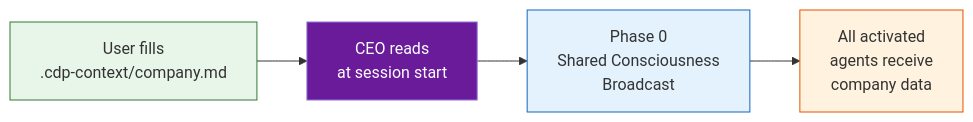
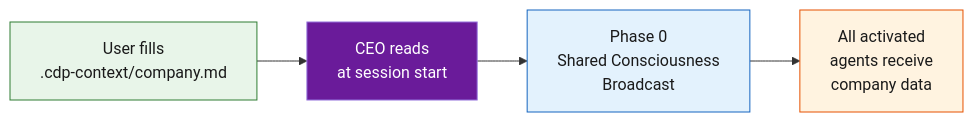
The fifth of 6 diagrams in README.md (apatheticus/corporate-decision-panel), drawn with Mermaid before and after one commit. The commit also changed other lines of this file, not shown here.

First line of the commit message:
docs: Improve Mermaid diagram text readability in README

````diff
--- a/README.md
+++ b/README.md
@@ -471,14 +471,14 @@
 ```mermaid
 flowchart LR
     User["User fills\n.cdp-context/company.md"]
     CEO_Read["CEO reads\nat session start"]
     P0["Phase 0\nShared Consciousness\nBroadcast"]
     Agents["All activated\nagents receive\ncompany data"]
 
     User --> CEO_Read --> P0 --> Agents
 
-    style User fill:#e8f5e9,stroke:#2e7d32
+    style User fill:#e8f5e9,stroke:#2e7d32,color:#1a1a1a
     style CEO_Read fill:#6a1b9a,color:#fff
-    style P0 fill:#e3f2fd,stroke:#1565c0
-    style Agents fill:#fff3e0,stroke:#e65100
+    style P0 fill:#e3f2fd,stroke:#1565c0,color:#1a1a1a
+    style Agents fill:#fff3e0,stroke:#e65100,color:#1a1a1a
 ```
````
